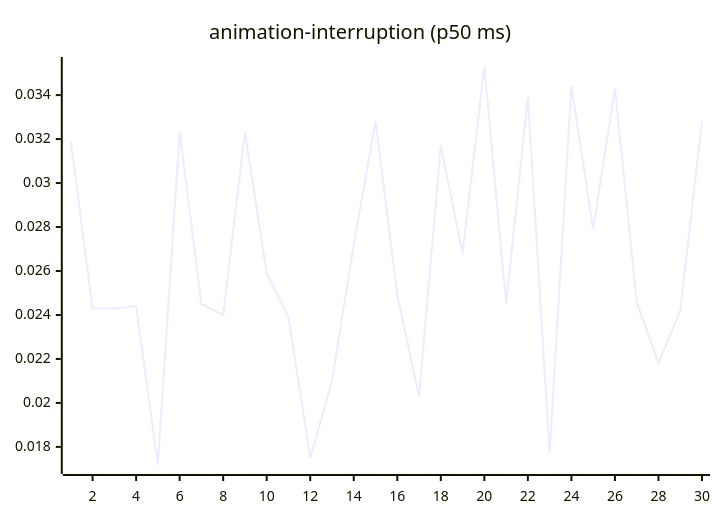
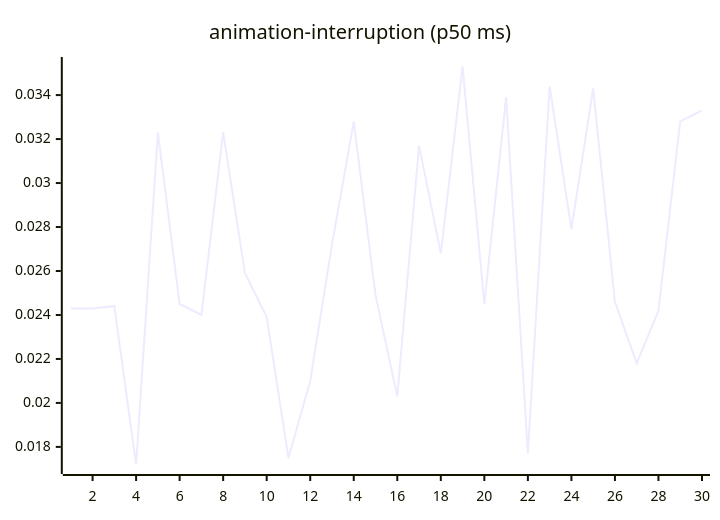
The third of 27 diagrams in README.md (josha/Facet), drawn with Mermaid before and after one commit. The commit also changed other lines of this file and 2 other files, not shown here.

````diff
--- a/README.md
+++ b/README.md
@@ -77,6 +77,6 @@
 ```mermaid
 xychart-beta
     title "animation-interruption (p50 ms)"
     x-axis 1 --> 30
-    line [0.0319, 0.0243, 0.0243, 0.0244, 0.0172, 0.0323, 0.0245, 0.0240, 0.0323, 0.0259, 0.0239, 0.0175, 0.0210, 0.0272, 0.0328, 0.0249, 0.0203, 0.0317, 0.0268, 0.0353, 0.0245, 0.0339, 0.0177, 0.0344, 0.0279, 0.0343, 0.0246, 0.0218, 0.0242, 0.0328]
+    line [0.0243, 0.0243, 0.0244, 0.0172, 0.0323, 0.0245, 0.0240, 0.0323, 0.0259, 0.0239, 0.0175, 0.0210, 0.0272, 0.0328, 0.0249, 0.0203, 0.0317, 0.0268, 0.0353, 0.0245, 0.0339, 0.0177, 0.0344, 0.0279, 0.0343, 0.0246, 0.0218, 0.0242, 0.0328, 0.0333]
 ```
````
